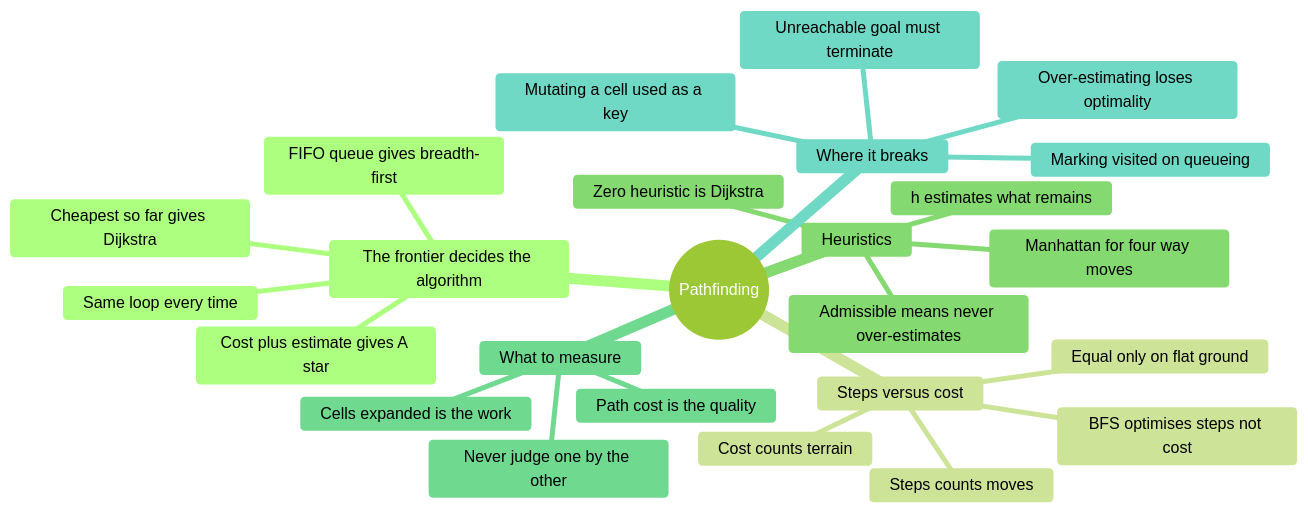
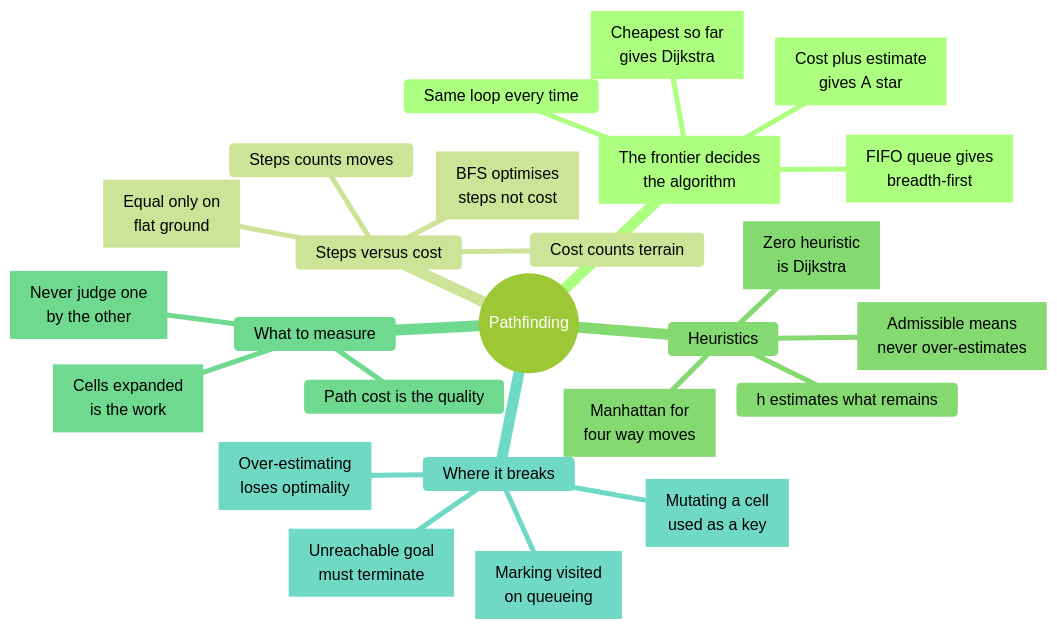
One commit to nmcguinness/L8-OOP-Module-Content changed the second of 3 diagrams in notes/shared/mind maps/revision_t23_t25.md. Above: the diagram before and after it, drawn with Mermaid. The commit also changed other lines of this file and 421 other files, not shown here.

Commit message:
Updated mermaid diagrams and note layout for topics 9-24.

````diff
--- a/notes/shared/mind maps/revision_t23_t25.md
+++ b/notes/shared/mind maps/revision_t23_t25.md
@@ -229,33 +265,48 @@
 ```mermaid
 ---
 title: "Pathfinding"
 accDescr: "Mind map of Pathfinding. Branches: The frontier decides the algorithm; Steps versus cost; Heuristics; What to measure; Where it breaks."
 ---
-%%{init: { "theme": "forest" }}%%
+%%{init: { "theme": "forest", "markdownAutoWrap": false, "mindmap": { "maxNodeWidth": 300 } }}%%
 mindmap
   root((Pathfinding))
-    The frontier decides the algorithm
-      FIFO queue gives breadth-first
-      Cheapest so far gives Dijkstra
-      Cost plus estimate gives A star
+    n1["`The frontier decides
+    the algorithm`"]
+      n2["`FIFO queue gives
+      breadth-first`"]
+      n3["`Cheapest so far
+      gives Dijkstra`"]
+      n4["`Cost plus estimate
+      gives A star`"]
       Same loop every time
     Steps versus cost
       Steps counts moves
       Cost counts terrain
-      Equal only on flat ground
-      BFS optimises steps not cost
+      n5["`Equal only on
+      flat ground`"]
+      n6["`BFS optimises
+      steps not cost`"]
     Heuristics
       h estimates what remains
-      Manhattan for four way moves
-      Zero heuristic is Dijkstra
-      Admissible means never over-estimates
+      n7["`Manhattan for
+      four way moves`"]
+      n8["`Zero heuristic
+      is Dijkstra`"]
+      n9["`Admissible means
+      never over-estimates`"]
     What to measure
-      Cells expanded is the work
+      n10["`Cells expanded
+      is the work`"]
       Path cost is the quality
-      Never judge one by the other
+      n11["`Never judge one
+      by the other`"]
     Where it breaks
-      Over-estimating loses optimality
-      Marking visited on queueing
-      Mutating a cell used as a key
-      Unreachable goal must terminate
+      n12["`Over-estimating
+      loses optimality`"]
+      n13["`Marking visited
+      on queueing`"]
+      n14["`Mutating a cell
+      used as a key`"]
+      n15["`Unreachable goal
+      must terminate`"]
 ```
````
